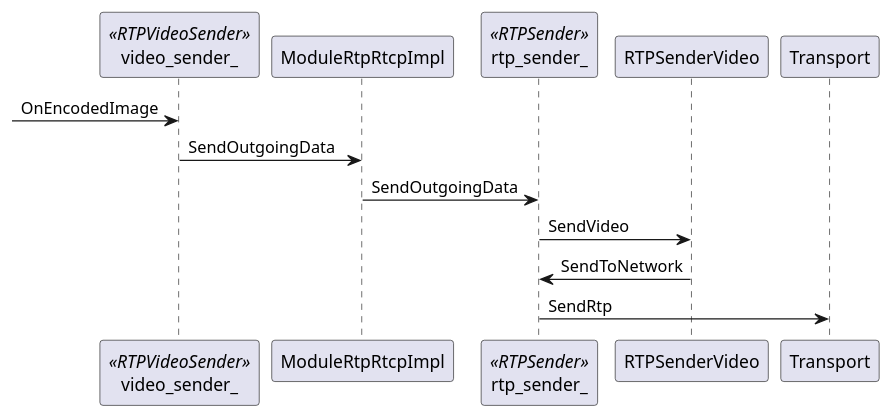
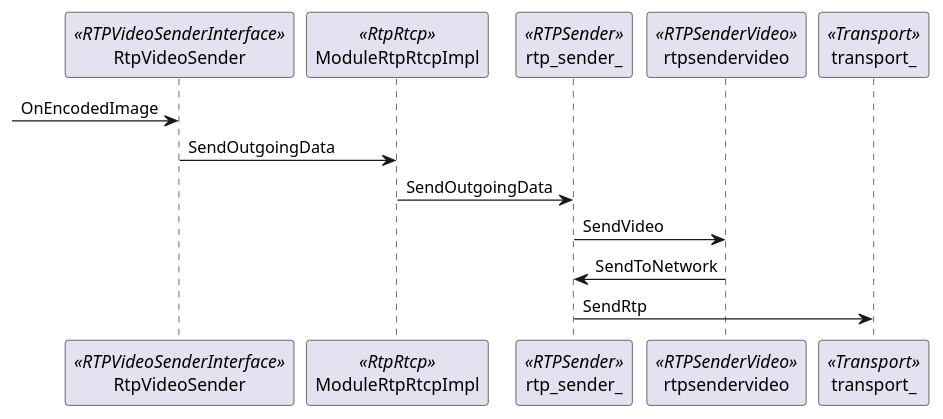
One commit to mingxin505/webrtcNote changed diagram 11 of 19 in webrtc_chrome/Design.md. Above: the diagram before and after it, drawn with PlantUML. The commit also changed other lines of this file and 4 other files, not shown here.

````diff
--- a/webrtc_chrome/Design.md
+++ b/webrtc_chrome/Design.md
@@ -196,11 +210,14 @@
 ```plantuml
-participant video_sender_ <<RTPVideoSender>>  
-participant ModuleRtpRtcpImpl
-participant rtp_sender_ <<RTPSender>>
--> video_sender_ : OnEncodedImage
-video_sender_ -> ModuleRtpRtcpImpl : SendOutgoingData
-ModuleRtpRtcpImpl -> rtp_sender_ : SendOutgoingData
-rtp_sender_ -> RTPSenderVideo : SendVideo
-RTPSenderVideo -> rtp_sender_ : SendToNetwork
-rtp_sender_ -> Transport : SendRtp 
+participant RtpVideoSender as rvs <<RTPVideoSenderInterface>>  
+participant ModuleRtpRtcpImpl as mrtprtcpi <<RtpRtcp>>
+participant rtp_sender_  as rtps <<RTPSender>>
+participant rtpsendervideo as rptsv <<RTPSenderVideo>>
+participant transport_ as transport <<Transport>>
+
+-> rvs : OnEncodedImage
+rvs -> mrtprtcpi : SendOutgoingData
+mrtprtcpi -> rtps : SendOutgoingData
+rtps -> rptsv : SendVideo
+rptsv -> rtps : SendToNetwork
+rtps -> transport : SendRtp 
 ```
````
